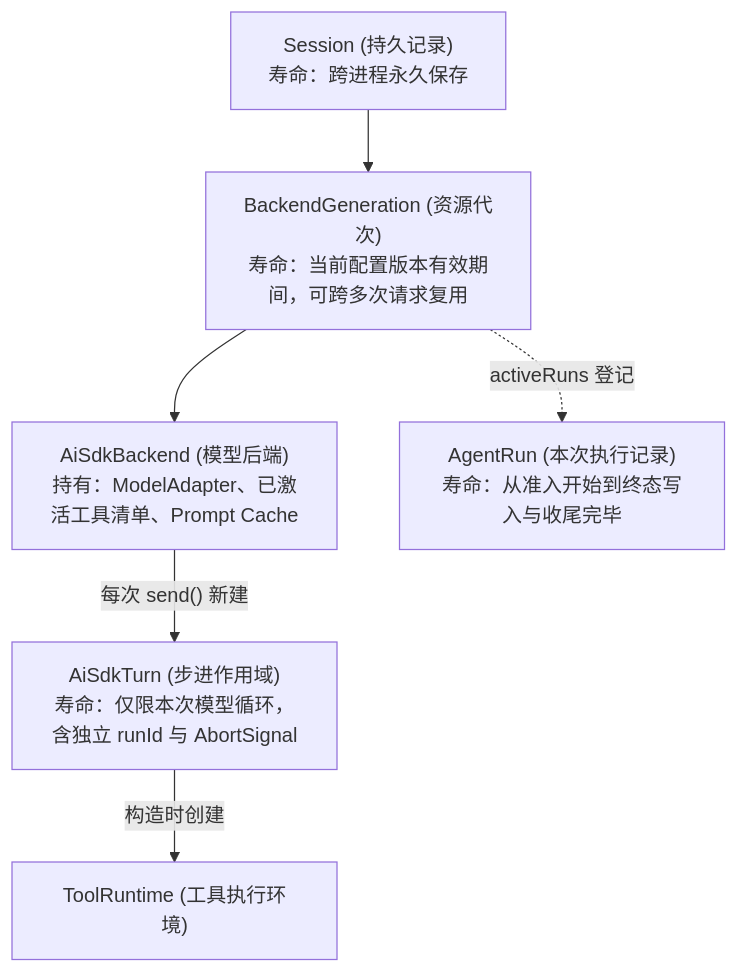
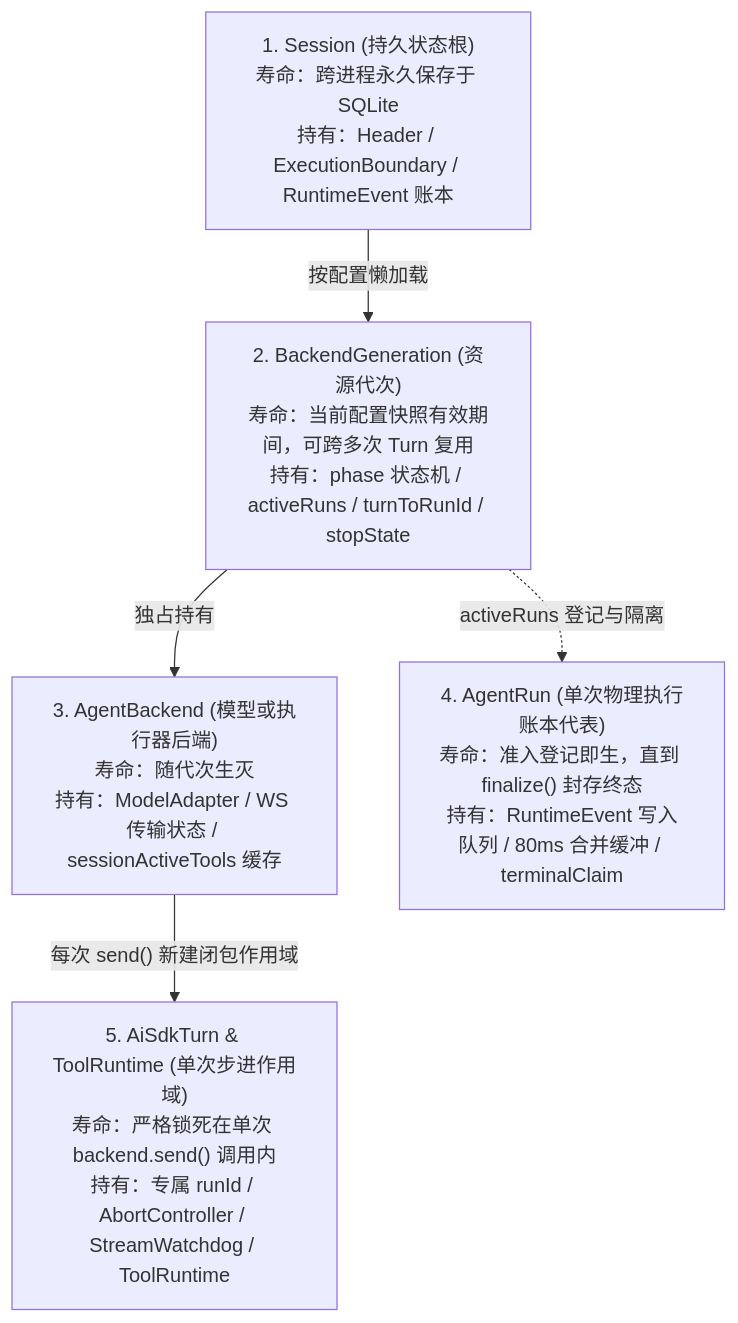
Before and after one commit to suger-m/agent-infrastructure-docs: the first of 2 diagrams in maka-agent-infra/01-runtime/session-lifecycle.md, drawn with Mermaid. The commit also changed other lines of this file and 31 other files, not shown here.

````diff
--- a/maka-agent-infra/01-runtime/session-lifecycle.md
+++ b/maka-agent-infra/01-runtime/session-lifecycle.md
@@ -20,9 +21,13 @@
 ```mermaid
 flowchart TD
-    Store["Session (持久记录)<br/>寿命：跨进程永久保存"] --> Gen["BackendGeneration (资源代次)<br/>寿命：当前配置版本有效期间，可跨多次请求复用"]
-    Gen --> Backend["AiSdkBackend (模型后端)<br/>持有：ModelAdapter、已激活工具清单、Prompt Cache"]
-    
-    Gen -.->|activeRuns 登记| Run["AgentRun (本次执行记录)<br/>寿命：从准入开始到终态写入与收尾完毕"]
-    Backend -->|"每次 send() 新建"| Turn["AiSdkTurn (步进作用域)<br/>寿命：仅限本次模型循环，含独立 runId 与 AbortSignal"]
-    Turn -->|构造时创建| TR["ToolRuntime (工具执行环境)"]
+    Session["1. Session (持久状态根)<br/>寿命：跨进程永久保存于 SQLite<br/>持有：Header / ExecutionBoundary / RuntimeEvent 账本"]
+    Gen["2. BackendGeneration (资源代次)<br/>寿命：当前配置快照有效期间，可跨多次 Turn 复用<br/>持有：phase 状态机 / activeRuns / turnToRunId / stopState"]
+    Backend["3. AgentBackend (模型或执行器后端)<br/>寿命：随代次生灭<br/>持有：ModelAdapter / WS 传输状态 / sessionActiveTools 缓存"]
+    Run["4. AgentRun (单次物理执行账本代表)<br/>寿命：准入登记即生，直到 finalize() 封存终态<br/>持有：RuntimeEvent 写入队列 / 80ms 合并缓冲 / terminalClaim"]
+    Turn["5. AiSdkTurn & ToolRuntime (单次步进作用域)<br/>寿命：严格锁死在单次 backend.send() 调用内<br/>持有：专属 runId / AbortController / StreamWatchdog / ToolRuntime"]
+
+    Session -->|"按配置懒加载"| Gen
+    Gen -->|"独占持有"| Backend
+    Gen -.->|"activeRuns 登记与隔离"| Run
+    Backend -->|"每次 send() 新建闭包作用域"| Turn
 ```
````
